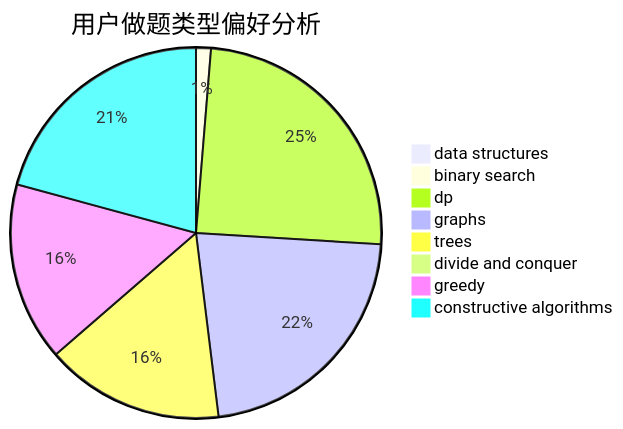
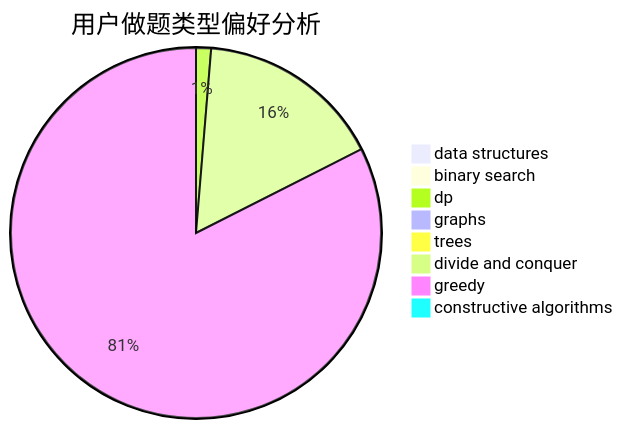
One commit to sherpahu/cfrs.github.io changed the second of 3 diagrams in docs/user/u376.md. Above: the diagram before and after it, drawn with Mermaid. The commit also changed other lines of this file and 2770 other files, not shown here.

````diff
--- a/docs/user/u376.md
+++ b/docs/user/u376.md
@@ -23,11 +23,11 @@
 ```mermaid
 pie title 用户做题类型偏好分析
-    "data structures" :  0
-    "binary search" :  1
-    "dp" :  19
-    "graphs" :  17
-    "trees" :  12
-    "divide and conquer" :  0
-    "greedy" :  12
-    "constructive algorithms" :  16
+    "data structures" :  3
+    "binary search" :  3
+    "dp" :  5
+    "graphs" :  1
+    "trees" :  0
+    "divide and conquer" :  62
+    "greedy" :  315
+    "constructive algorithms" :  0
 ```
````
